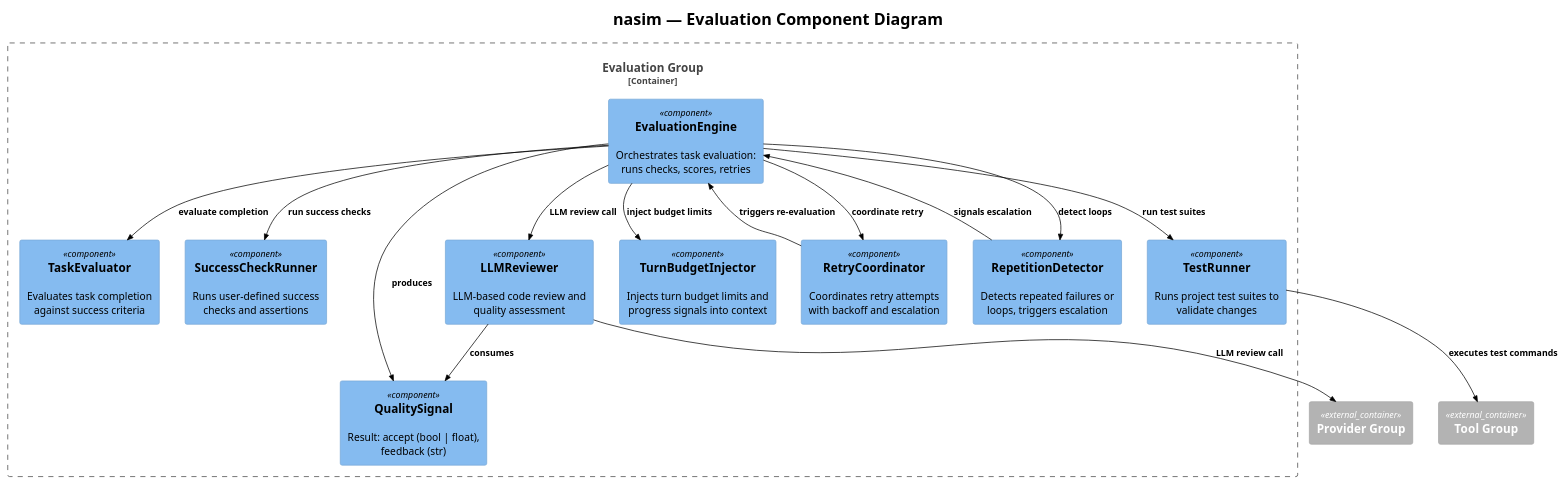
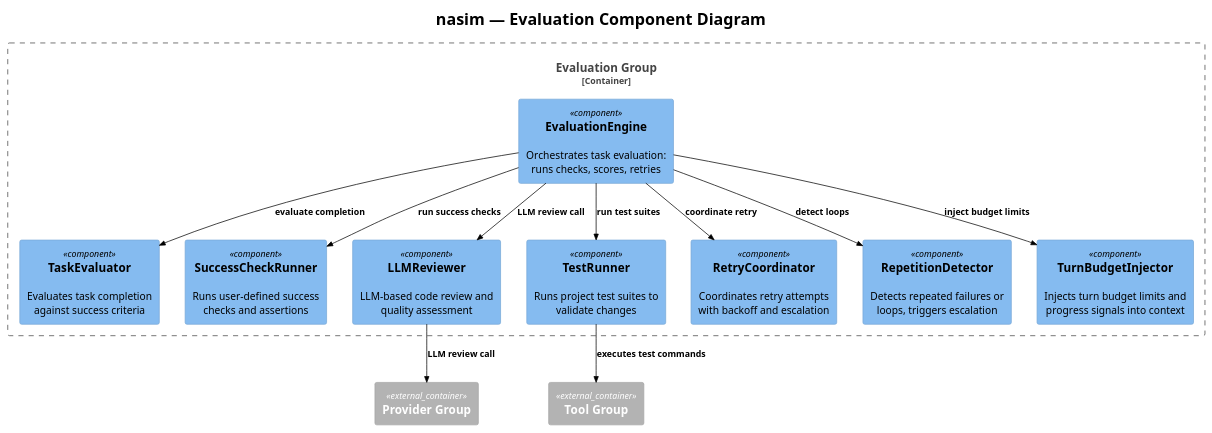
One commit to salimnamvar/nasim changed the ninth of 25 diagrams in C4.md. Above: the diagram before and after it, drawn with PlantUML. The commit also changed other lines of this file and 5 other files, not shown here.

First line of the commit message:
docs: Refactor state machine and use case diagrams for clarity and consistency

```diff
--- a/C4.md
+++ b/C4.md
@@ -466,47 +506,42 @@
 @startuml c4_nasim_component_evaluation
 !include https://raw.githubusercontent.com/plantuml-stdlib/C4-PlantUML/v2.10.0/C4_Component.puml
 !theme plain
 
 
 ' ============================================================
 ' Title:     nasim — Evaluation Component Diagram
 ' Boundary:  nasim core library — Evaluation group
 ' Purpose:   Task evaluation: success checks, LLM review, testing, retry coordination
 ' Milestone: v1.0
 ' Version:   6.0.0
 ' Source:    docs/audit/audit.2026.06.20.deep.domain.audit.md
 ' Review:    —
 ' ============================================================
 
 title nasim — Evaluation Component Diagram
 
 Container_Boundary(evaluation_boundary, "Evaluation Group") {
     Component(eval_engine, "EvaluationEngine", "", "Orchestrates task evaluation: runs checks, scores, retries")
     Component(task_evaluator, "TaskEvaluator", "", "Evaluates task completion against success criteria")
     Component(success_check_runner, "SuccessCheckRunner", "", "Runs user-defined success checks and assertions")
     Component(llm_reviewer, "LLMReviewer", "", "LLM-based code review and quality assessment")
     Component(test_runner, "TestRunner", "", "Runs project test suites to validate changes")
     Component(retry_coordinator, "RetryCoordinator", "", "Coordinates retry attempts with backoff and escalation")
     Component(repetition_detector, "RepetitionDetector", "", "Detects repeated failures or loops, triggers escalation")
     Component(turn_budget_injector, "TurnBudgetInjector", "", "Injects turn budget limits and progress signals into context")
-    Component(quality_signal, "QualitySignal", "", "Result: accept (bool | float), feedback (str)")
 }
 
 Container_Ext(provider_group, "Provider Group")
 Container_Ext(tool_group, "Tool Group")
 
 Rel(eval_engine, task_evaluator, "evaluate completion")
 Rel(eval_engine, success_check_runner, "run success checks")
 Rel(eval_engine, llm_reviewer, "LLM review call")
 Rel(eval_engine, test_runner, "run test suites")
 Rel(eval_engine, retry_coordinator, "coordinate retry")
 Rel(eval_engine, repetition_detector, "detect loops")
 Rel(eval_engine, turn_budget_injector, "inject budget limits")
 Rel(llm_reviewer, provider_group, "LLM review call")
 Rel(test_runner, tool_group, "executes test commands")
-Rel(retry_coordinator, eval_engine, "triggers re-evaluation")
-Rel(repetition_detector, eval_engine, "signals escalation")
-Rel(eval_engine, quality_signal, "produces")
-Rel(llm_reviewer, quality_signal, "consumes")
 
 @enduml
```
